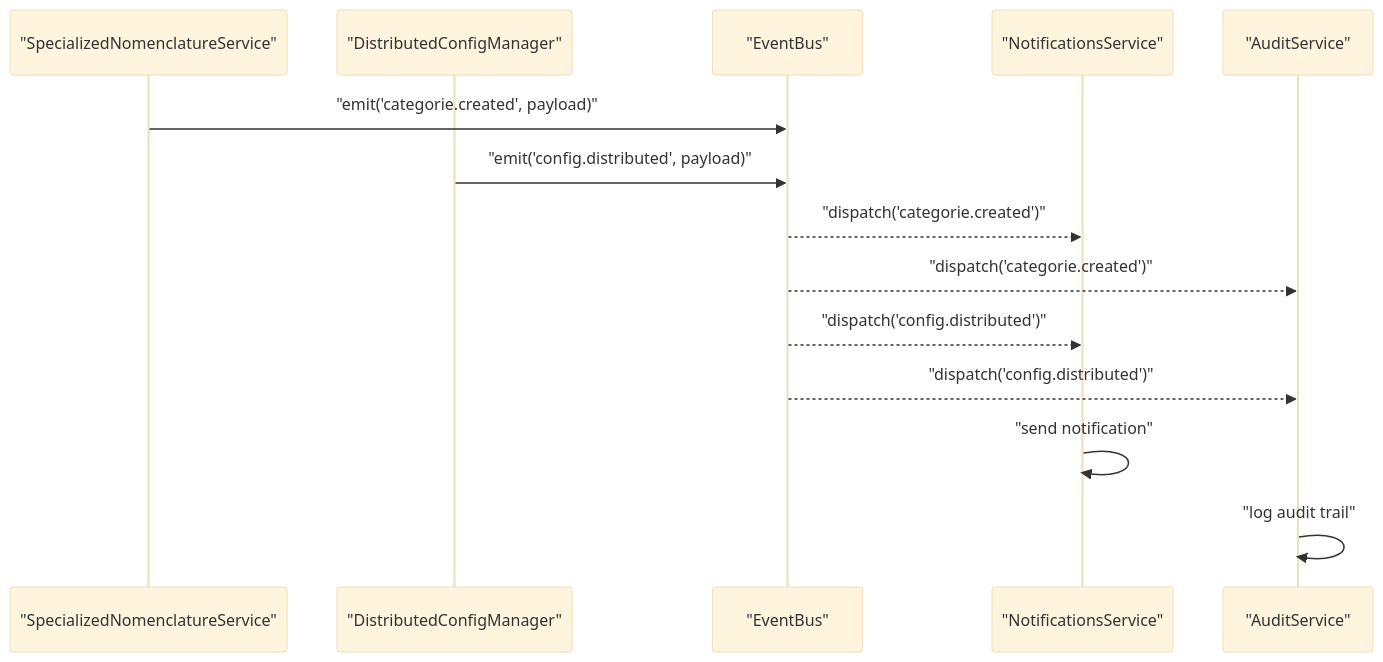
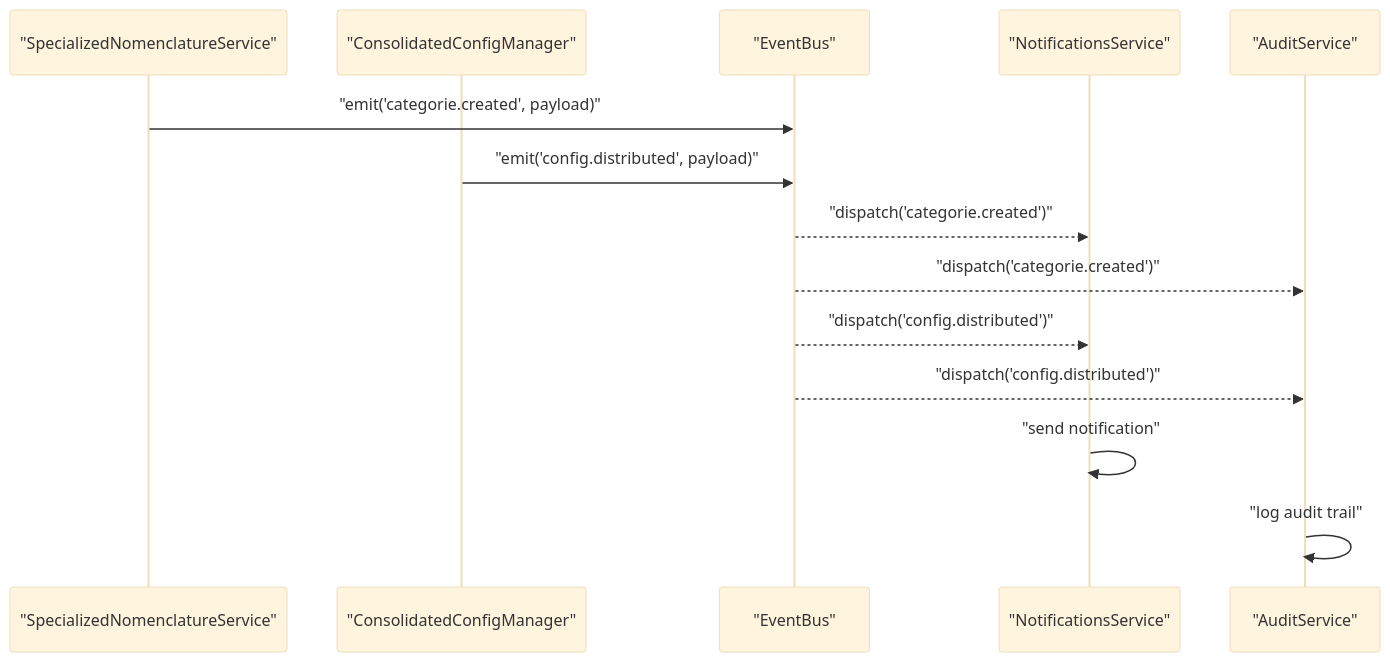
Before and after one commit to franckylab/eLISAschool: diagram 17 of 19 in .qoder/repowiki/en/content/System Architecture/Backend Architecture/Backend Architecture.md, drawn with Mermaid (base theme). The commit also changed other lines of this file and 97 other files, not shown here.

````diff
--- a/.qoder/repowiki/en/content/System Architecture/Backend Architecture/Backend Architecture.md
+++ b/.qoder/repowiki/en/content/System Architecture/Backend Architecture/Backend Architecture.md
@@ -660,16 +686,16 @@
 ```mermaid
 sequenceDiagram
 participant ModA as "SpecializedNomenclatureService"
-participant ModB as "DistributedConfigManager"
+participant ModB as "ConsolidatedConfigManager"
 participant Bus as "EventBus"
 participant ModC as "NotificationsService"
 participant ModD as "AuditService"
 ModA->>Bus : "emit('categorie.created', payload)"
 ModB->>Bus : "emit('config.distributed', payload)"
 Bus-->>ModC : "dispatch('categorie.created')"
 Bus-->>ModD : "dispatch('categorie.created')"
 Bus-->>ModC : "dispatch('config.distributed')"
 Bus-->>ModD : "dispatch('config.distributed')"
 ModC->>ModC : "send notification"
 ModD->>ModD : "log audit trail"
 ```
````
